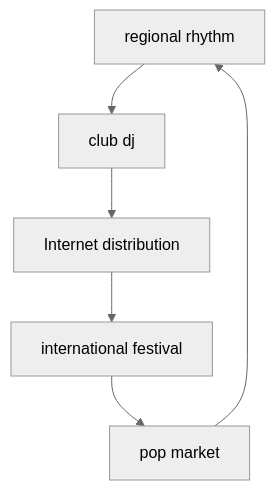
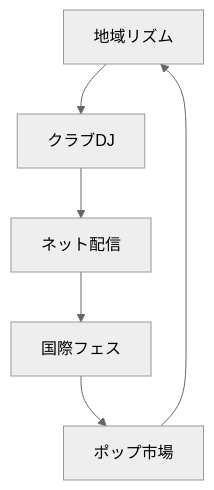
One commit to monumental-movement/monumental-movement.github.io changed the first of 2 diagrams in en/_posts/2026-03-01-column-global-bass.md. Above: the diagram before and after it, drawn with Mermaid (neutral theme). The commit also changed other lines of this file and 775 other files, not shown here.

```diff
--- a/en/_posts/2026-03-01-column-global-bass.md
+++ b/en/_posts/2026-03-01-column-global-bass.md
@@ -161,8 +160,8 @@
 <div class="mermaid">
 graph TD
-Local[regional rhythm] --> DJ[club dj]
-DJ --> Net[Internet distribution]
-Net --> Festival[international festival]
-Festival --> Pop[pop market]
+Local[地域リズム] --> DJ[クラブDJ]
+DJ --> Net[ネット配信]
+Net --> Festival[国際フェス]
+Festival --> Pop[ポップ市場]
 Pop --> Local
 </div>
```
